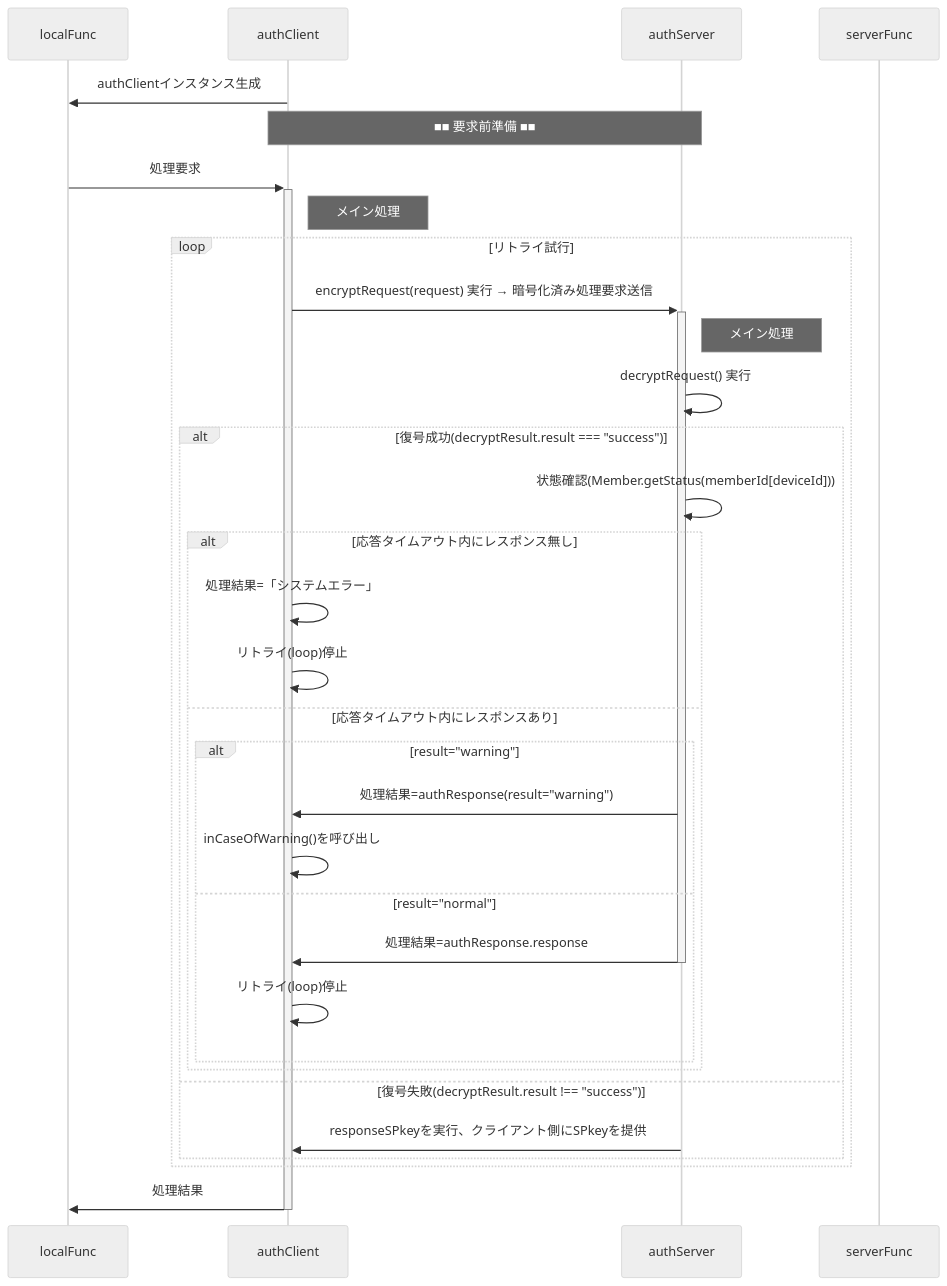
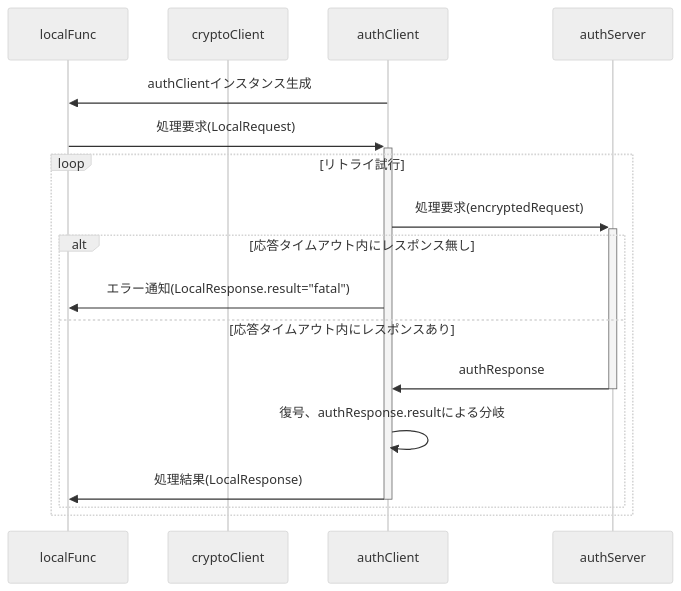
The diagram in underDev/Auth/doc/spec.md (nakaone/library), drawn with Mermaid (neutral theme) before and after one commit. The commit also changed other lines of this file and 11 other files, not shown here.

Commit message:
"decryptRequest"⇒"cryptoServer","encryptRequest"⇒"cryptoClient"に名称変更

````diff
--- a/underDev/Auth/doc/spec.md
+++ b/underDev/Auth/doc/spec.md
@@ -53,43 +50,31 @@
 ```mermaid
 sequenceDiagram
   %%actor user
   participant localFunc
   %%participant clientMail
-  %%participant encryptRequest
+  participant cryptoClient
   %%participant IndexedDB
   participant authClient
   participant authServer
   %%participant memberList
-  %%participant decryptRequest
-  participant serverFunc
+  %%participant cryptoServer
+  %%participant serverFunc
   %%actor admin
 
   authClient->>localFunc: authClientインスタンス生成
-  Note over authClient,authServer: ■■ 要求前準備 ■■
-  localFunc->>+authClient: 処理要求
-  Note right of authClient: メイン処理
+  localFunc->>+authClient: 処理要求(LocalRequest)
+  %%authClient->>cryptoClient: 署名・暗号化要求(LocalRequest)
+  %%cryptoClient->>authClient: encryptedRequest
 
   loop リトライ試行
-    authClient->>+authServer: encryptRequest(request) 実行 → 暗号化済み処理要求送信
-    Note right of authServer: メイン処理
-    authServer->>authServer: decryptRequest() 実行
-    alt 復号成功(decryptResult.result === "success")
-      authServer->>authServer: 状態確認(Member.getStatus(memberId[deviceId]))
-      alt 応答タイムアウト内にレスポンス無し
-        authClient->>authClient: 処理結果=「システムエラー」
-        authClient->>authClient: リトライ(loop)停止
-      else 応答タイムアウト内にレスポンスあり
-        alt result="warning"
-          authServer->>authClient: 処理結果=authResponse(result="warning")
-          authClient->>authClient: inCaseOfWarning()を呼び出し
-        else result="normal"
-          authServer->>-authClient: 処理結果=authResponse.response
-          authClient->>authClient: リトライ(loop)停止
-        end
-      end
-    else 復号失敗(decryptResult.result !== "success")
-      authServer->>authClient: responseSPkeyを実行、クライアント側にSPkeyを提供
+    authClient->>+authServer: 処理要求(encryptedRequest)
+
+    alt 応答タイムアウト内にレスポンス無し
+      authClient->>localFunc: エラー通知(LocalResponse.result="fatal")
+    else 応答タイムアウト内にレスポンスあり
+      authServer->>-authClient: authResponse
+      authClient->>authClient: 復号、authResponse.resultによる分岐
+      authClient->>-localFunc: 処理結果(LocalResponse)
     end
   end
-  authClient->>-localFunc: 処理結果
 ```
````
